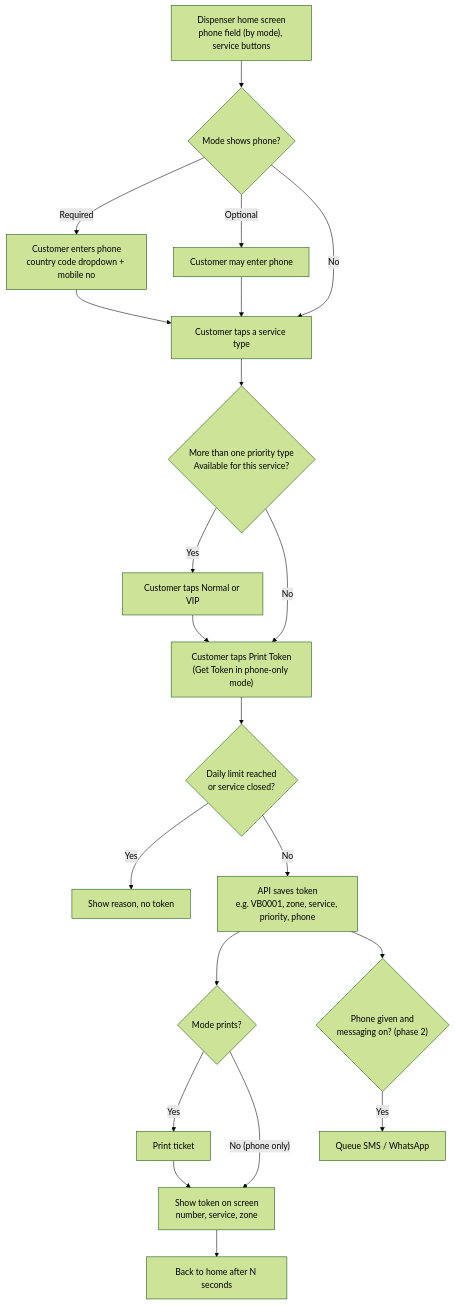
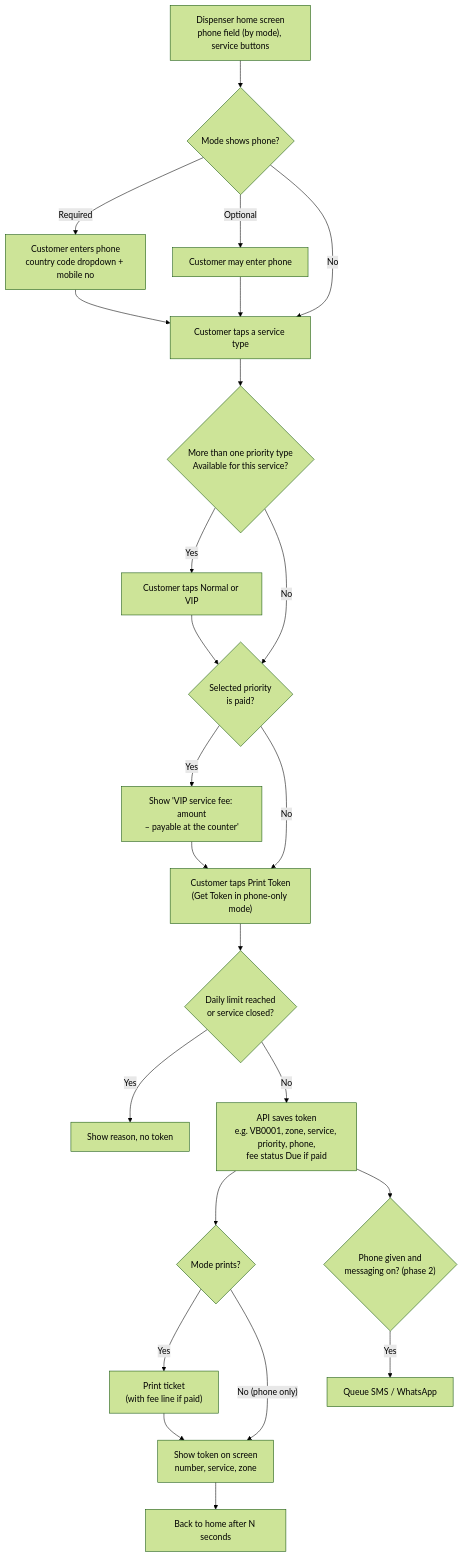
The fourth of 7 diagrams in docs/PROJECT_SPEC.md (aruntalexanderdev/qms_qflow), drawn with Mermaid (forest theme) before and after one commit. The commit also changed other lines of this file and 24 other files, not shown here.

````diff
--- a/docs/PROJECT_SPEC.md
+++ b/docs/PROJECT_SPEC.md
@@ -203,23 +226,26 @@
 ```mermaid
 flowchart TD
   A["Dispenser home screen<br/>phone field (by mode), service buttons"] --> PH{"Mode shows phone?"}
   PH -- "Required" --> P1["Customer enters phone<br/>country code dropdown + mobile no"]
   PH -- "Optional" --> P2["Customer may enter phone"]
   PH -- "No" --> SV
   P1 --> SV["Customer taps a service type"]
   P2 --> SV
   SV --> PR{"More than one priority type<br/>Available for this service?"}
   PR -- "Yes" --> PS["Customer taps Normal or VIP"]
-  PR -- "No" --> BT
-  PS --> BT["Customer taps Print Token<br/>(Get Token in phone-only mode)"]
+  PR -- "No" --> FE
+  PS --> FE{"Selected priority<br/>is paid?"}
+  FE -- "Yes" --> FN["Show 'VIP service fee: amount<br/>– payable at the counter'"]
+  FE -- "No" --> BT
+  FN --> BT["Customer taps Print Token<br/>(Get Token in phone-only mode)"]
   BT --> CK{"Daily limit reached<br/>or service closed?"}
   CK -- "Yes" --> ER["Show reason, no token"]
-  CK -- "No" --> S["API saves token<br/>e.g. VB0001, zone, service, priority, phone"]
+  CK -- "No" --> S["API saves token<br/>e.g. VB0001, zone, service, priority, phone,<br/>fee status Due if paid"]
   S --> P{"Mode prints?"}
-  P -- "Yes" --> PT["Print ticket"]
+  P -- "Yes" --> PT["Print ticket<br/>(with fee line if paid)"]
   P -- "No (phone only)" --> SC
   PT --> SC["Show token on screen<br/>number, service, zone"]
   S --> M{"Phone given and<br/>messaging on? (phase 2)"}
   M -- "Yes" --> MS["Queue SMS / WhatsApp"]
   SC --> H["Back to home after N seconds"]
 ```
````
